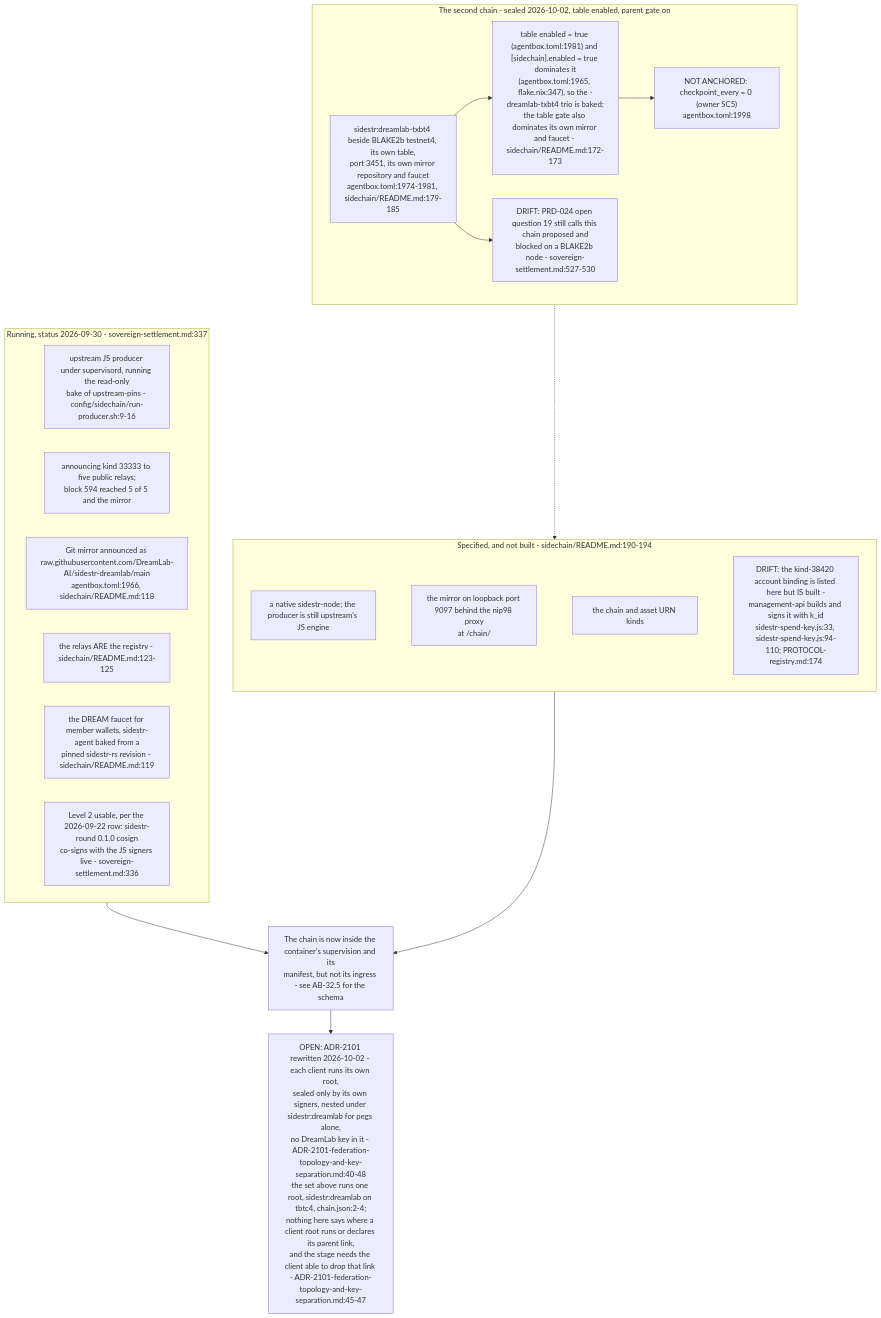
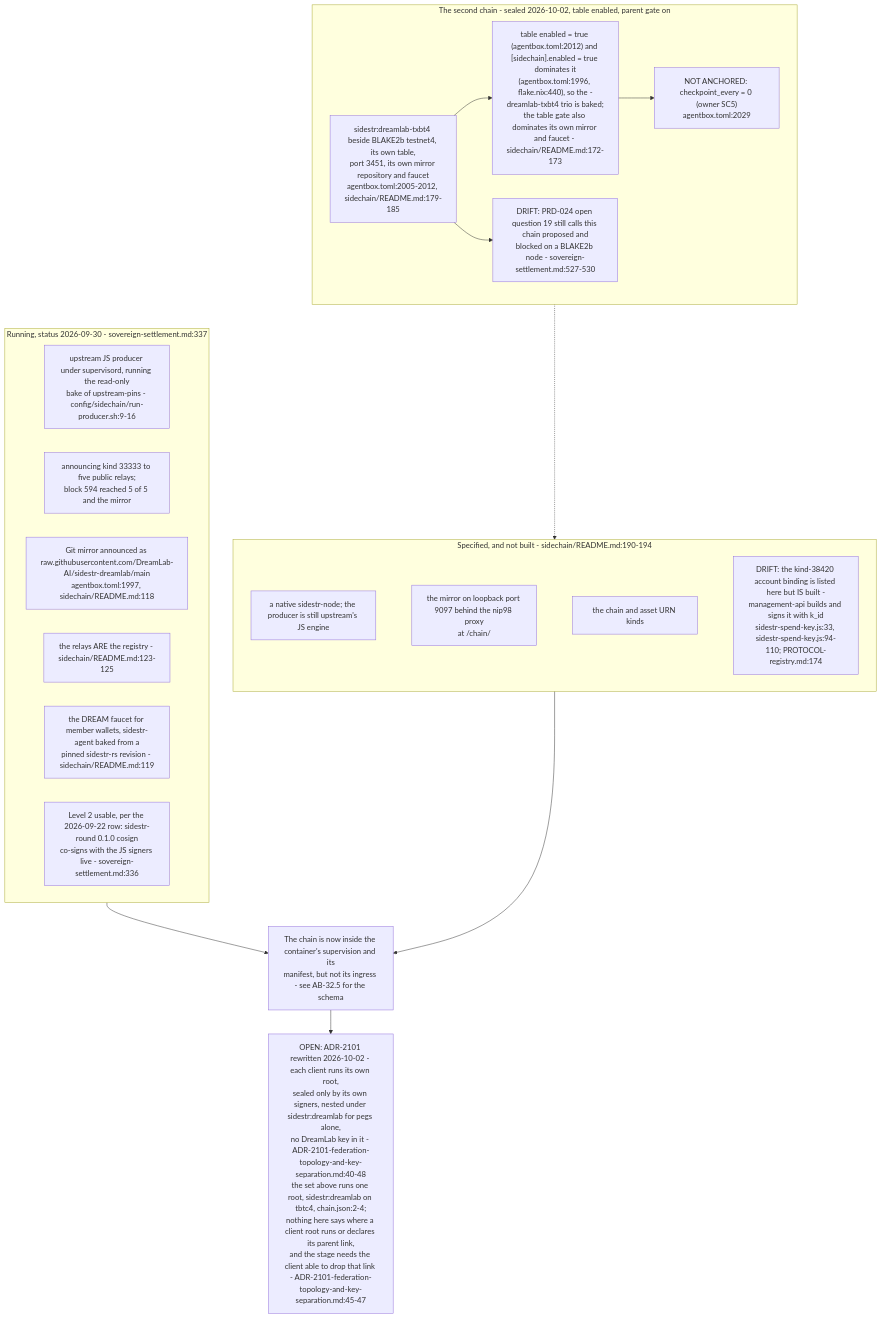
One commit to DreamLab-AI/VisionFlow changed the fifth of 6 diagrams in docs/diagrams/agentbox/34-sidestr-interim-producer-and-mirror.md. Above: the diagram before and after it, drawn with Mermaid. The commit also changed other lines of this file and 12 other files, not shown here.

````diff
--- a/docs/diagrams/agentbox/34-sidestr-interim-producer-and-mirror.md
+++ b/docs/diagrams/agentbox/34-sidestr-interim-producer-and-mirror.md
@@ -215,30 +216,30 @@
 ```mermaid
 flowchart TB
     subgraph now["Running, status 2026-09-30 - sovereign-settlement.md:337"]
         N1["upstream JS producer under supervisord, running the read-only<br/>bake of upstream-pins - config/sidechain/run-producer.sh:9-16"]
         N2["announcing kind 33333 to five public relays;<br/>block 594 reached 5 of 5 and the mirror"]
-        N3["Git mirror announced as raw.githubusercontent.com/DreamLab-AI/sidestr-dreamlab/main<br/>agentbox.toml:1966, sidechain/README.md:118"]
+        N3["Git mirror announced as raw.githubusercontent.com/DreamLab-AI/sidestr-dreamlab/main<br/>agentbox.toml:1997, sidechain/README.md:118"]
         N4["the relays ARE the registry - sidechain/README.md:123-125"]
         N5["the DREAM faucet for member wallets, sidestr-agent baked from a<br/>pinned sidestr-rs revision - sidechain/README.md:119"]
         N6["Level 2 usable, per the 2026-09-22 row: sidestr-round 0.1.0 cosign<br/>co-signs with the JS signers live - sovereign-settlement.md:336"]
     end
     subgraph spec["Specified, and not built - sidechain/README.md:190-194"]
         S2["a native sidestr-node; the producer is still upstream's JS engine"]
         S3["the mirror on loopback port 9097 behind the nip98 proxy<br/>at /chain/"]
         S4["the chain and asset URN kinds"]
         S5["DRIFT: the kind-38420 account binding is listed here but IS built -<br/>management-api builds and signs it with k_id<br/>sidestr-spend-key.js:33, sidestr-spend-key.js:94-110; PROTOCOL-registry.md:174"]
         S2 ~~~ S3 ~~~ S4 ~~~ S5
     end
     subgraph next["The second chain - sealed 2026-10-02, table enabled, parent gate on"]
-        X1["sidestr:dreamlab-txbt4 beside BLAKE2b testnet4, its own table,<br/>port 3451, its own mirror repository and faucet<br/>agentbox.toml:1974-1981, sidechain/README.md:179-185"]
-        X2["table enabled = true (agentbox.toml:1981) and [sidechain].enabled = true dominates it<br/>(agentbox.toml:1965, flake.nix:347), so the -dreamlab-txbt4 trio is baked;<br/>the table gate also dominates its own mirror and faucet - sidechain/README.md:172-173"]
-        X3["NOT ANCHORED: checkpoint_every = 0 (owner SC5)<br/>agentbox.toml:1998"]
+        X1["sidestr:dreamlab-txbt4 beside BLAKE2b testnet4, its own table,<br/>port 3451, its own mirror repository and faucet<br/>agentbox.toml:2005-2012, sidechain/README.md:179-185"]
+        X2["table enabled = true (agentbox.toml:2012) and [sidechain].enabled = true dominates it<br/>(agentbox.toml:1996, flake.nix:440), so the -dreamlab-txbt4 trio is baked;<br/>the table gate also dominates its own mirror and faucet - sidechain/README.md:172-173"]
+        X3["NOT ANCHORED: checkpoint_every = 0 (owner SC5)<br/>agentbox.toml:2029"]
         X4["DRIFT: PRD-024 open question 19 still calls this chain proposed and<br/>blocked on a BLAKE2b node - sovereign-settlement.md:527-530"]
         X1 --> X2 --> X3
         X1 --> X4
     end
     now --> GAP["The chain is now inside the container's supervision and its<br/>manifest, but not its ingress - see AB-32.5 for the schema"]
     spec --> GAP
     next -.-> spec
     GAP --> FED["OPEN: ADR-2101 rewritten 2026-10-02 - each client runs its own root,<br/>sealed only by its own signers, nested under sidestr:dreamlab for pegs alone,<br/>no DreamLab key in it - ADR-2101-federation-topology-and-key-separation.md:40-48<br/>the set above runs one root, sidestr:dreamlab on tbtc4, chain.json:2-4;<br/>nothing here says where a client root runs or declares its parent link,<br/>and the stage needs the client able to drop that link - ADR-2101-federation-topology-and-key-separation.md:45-47"]
 ```
````
